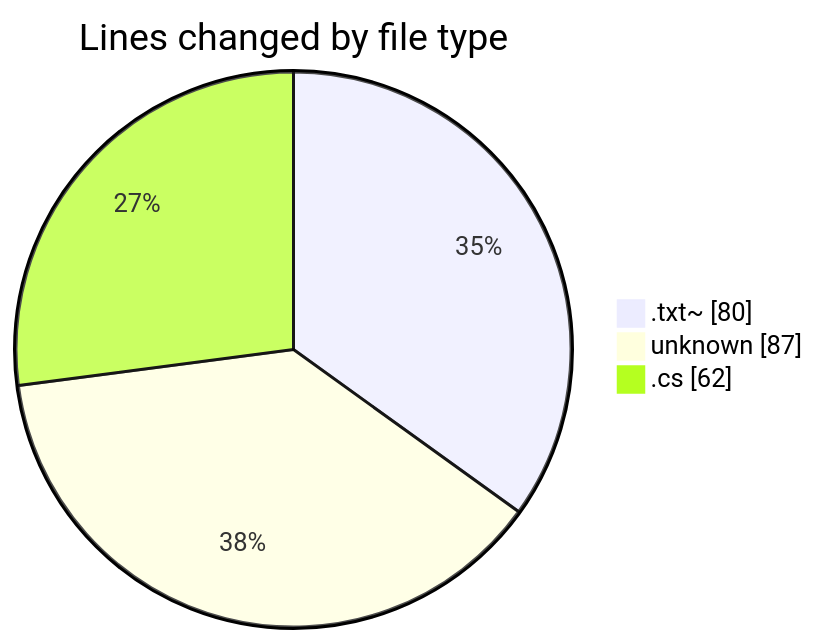
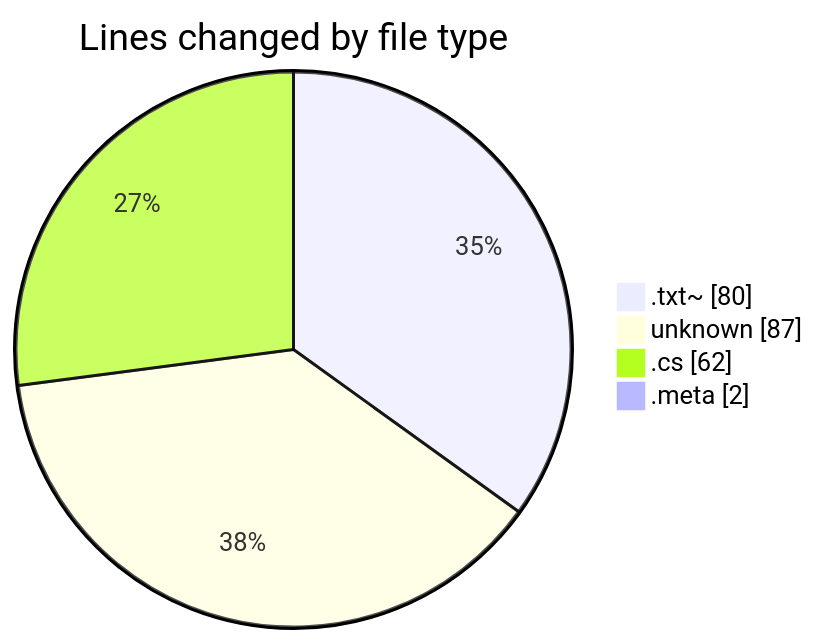
Before and after one commit to ernivani/code-tracking: the first of 2 diagrams in 2024-12-30/rareicon/README.md, drawn with Mermaid. The commit also changed other lines of this file and 2 other files, not shown here.

````diff
--- a/2024-12-30/rareicon/README.md
+++ b/2024-12-30/rareicon/README.md
@@ -22,7 +23,8 @@
 ```mermaid
 pie showData
 title Lines changed by file type
 ".txt~" : 80
 "unknown" : 87
 ".cs" : 62
+".meta" : 2
 ```
````
